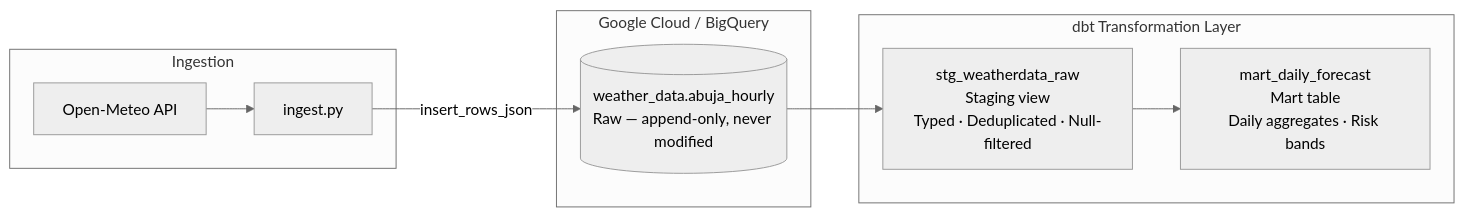
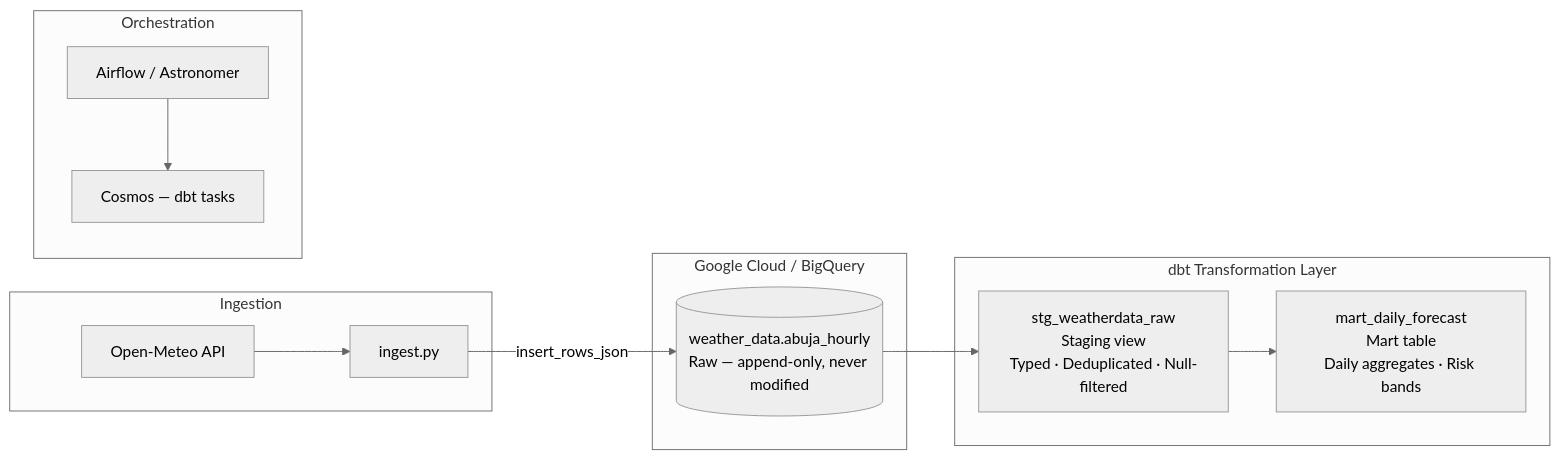
The diagram in README.md (Moyijo99/weatherdata), drawn with Mermaid (neutral theme) before and after one commit. The commit also changed other lines of this file and 10 other files, not shown here.

Commit message:
Cosmos for dbt orchestration

````diff
--- a/README.md
+++ b/README.md
@@ -26,20 +26,26 @@
 ```mermaid
 flowchart LR
     subgraph ingest [Ingestion]
         API[Open-Meteo API]
         PY[ingest.py]
         API --> PY
     end
 
     subgraph gcp [Google Cloud / BigQuery]
         RAW[(weather_data.abuja_hourly\nRaw — append-only, never modified)]
         PY -->|insert_rows_json| RAW
     end
 
     subgraph dbt [dbt Transformation Layer]
         STG[stg_weatherdata_raw\nStaging view\nTyped · Deduplicated · Null-filtered]
         MART[mart_daily_forecast\nMart table\nDaily aggregates · Risk bands]
         RAW --> STG
         STG --> MART
     end
+
+    subgraph orchestration [Orchestration]
+        AIR[Airflow / Astronomer]
+        COSMOS[Cosmos — dbt tasks]
+        AIR --> COSMOS
+    end
 ```
````
